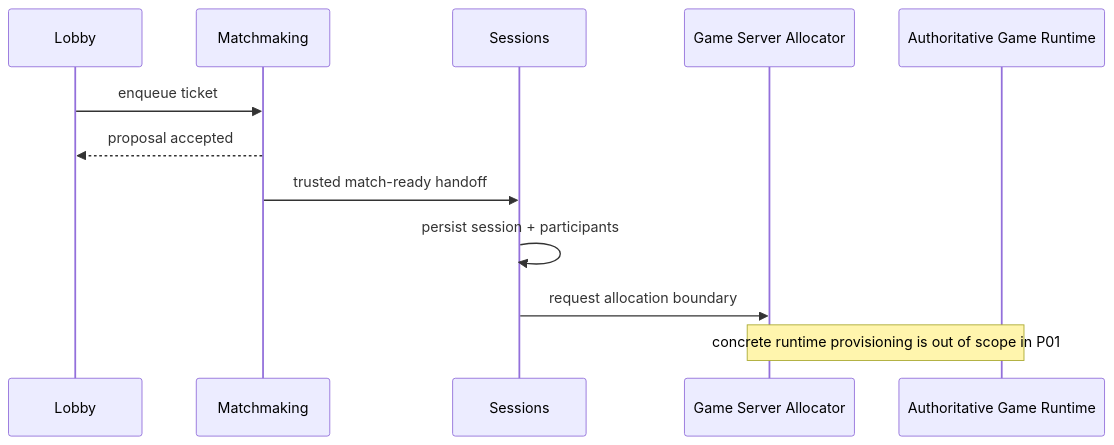
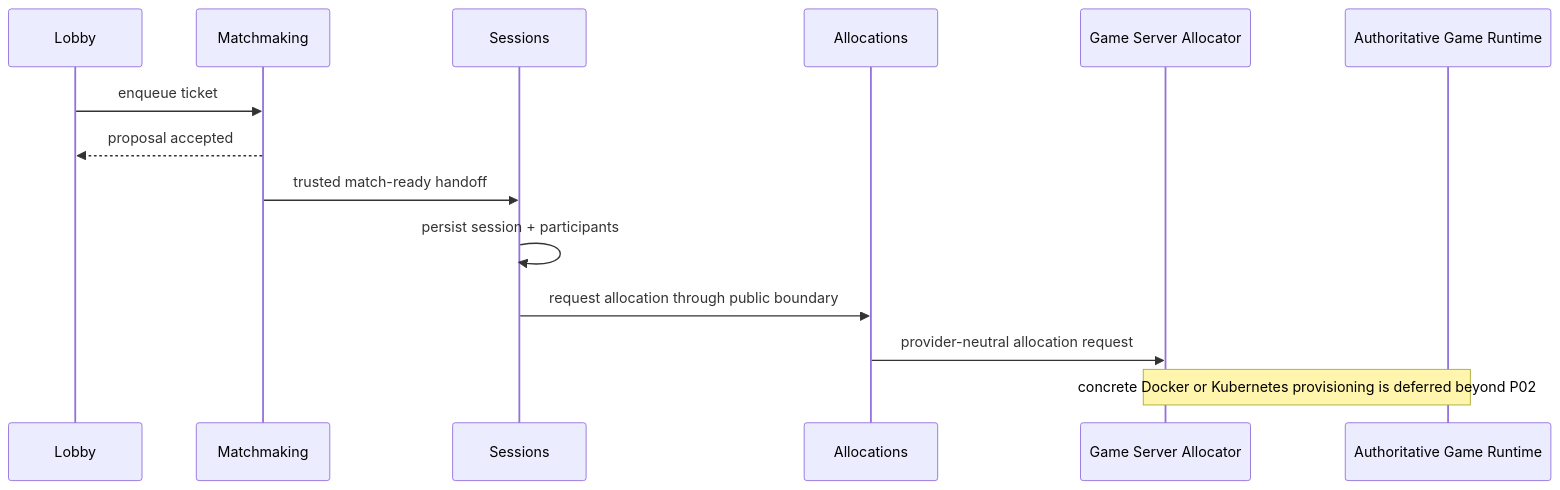
One commit to MHYesodot/game-center changed the second of 3 diagrams in docs/architecture/platform-domain-model.md. Above: the diagram before and after it, drawn with Mermaid. The commit also changed other lines of this file and 23 other files, not shown here.

````diff
--- a/docs/architecture/platform-domain-model.md
+++ b/docs/architecture/platform-domain-model.md
@@ -211,15 +258,17 @@
 ```mermaid
 sequenceDiagram
     participant Lobby
     participant Matchmaking
     participant Sessions
+    participant Allocations
     participant Allocator as Game Server Allocator
     participant Runtime as Authoritative Game Runtime
 
     Lobby->>Matchmaking: enqueue ticket
     Matchmaking-->>Lobby: proposal accepted
     Matchmaking->>Sessions: trusted match-ready handoff
     Sessions->>Sessions: persist session + participants
-    Sessions->>Allocator: request allocation boundary
-    Note over Allocator,Runtime: concrete runtime provisioning is out of scope in P01
+    Sessions->>Allocations: request allocation through public boundary
+    Allocations->>Allocator: provider-neutral allocation request
+    Note over Allocator,Runtime: concrete Docker or Kubernetes provisioning is deferred beyond P02
 ```
````
